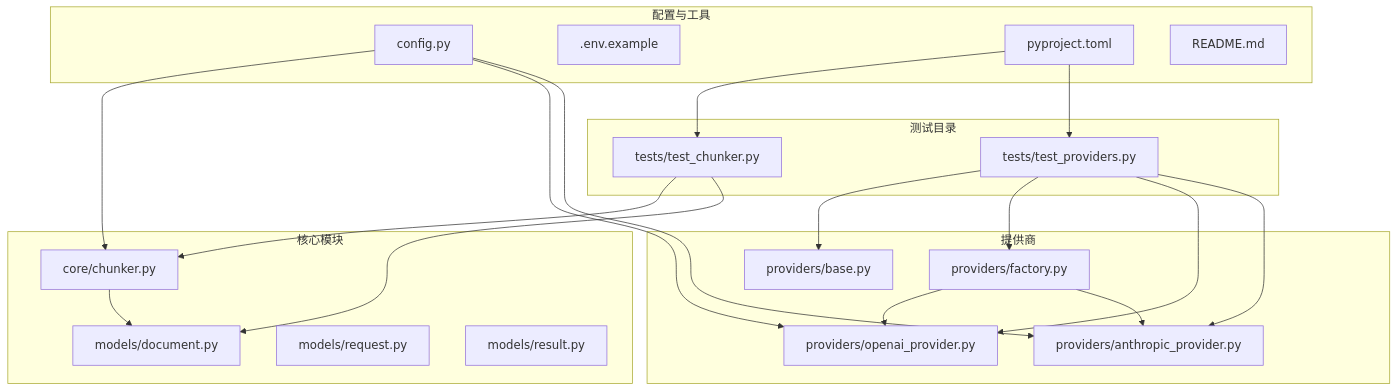
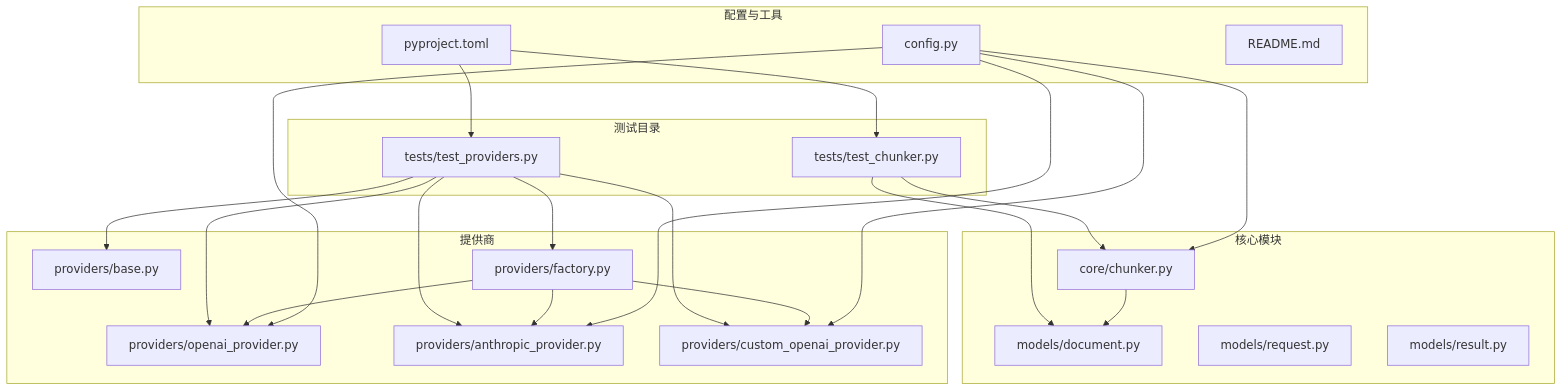
The first of 5 diagrams in .qoder/repowiki/zh/content/测试指南.md (wowzhangji/doc_ai_parser), drawn with Mermaid before and after one commit. The commit also changed other lines of this file and 25 other files, not shown here.

````diff
--- a/.qoder/repowiki/zh/content/测试指南.md
+++ b/.qoder/repowiki/zh/content/测试指南.md
@@ -39,39 +47,42 @@
 ```mermaid
 graph TB
 subgraph "测试目录"
 T1["tests/test_chunker.py"]
 T2["tests/test_providers.py"]
 end
 subgraph "核心模块"
 C1["core/chunker.py"]
 M1["models/document.py"]
 M2["models/request.py"]
 M3["models/result.py"]
 end
 subgraph "提供商"
 P0["providers/base.py"]
 P1["providers/factory.py"]
 P2["providers/openai_provider.py"]
 P3["providers/anthropic_provider.py"]
+P4["providers/custom_openai_provider.py"]
 end
 subgraph "配置与工具"
 CFG["config.py"]
-ENV[".env.example"]
 PY["pyproject.toml"]
 DOC["README.md"]
 end
 T1 --> C1
 T1 --> M1
 T2 --> P0
 T2 --> P1
 T2 --> P2
 T2 --> P3
+T2 --> P4
 C1 --> M1
 P1 --> P2
 P1 --> P3
+P1 --> P4
 CFG --> C1
 CFG --> P2
 CFG --> P3
+CFG --> P4
 PY --> T1
 PY --> T2
 ```
````
